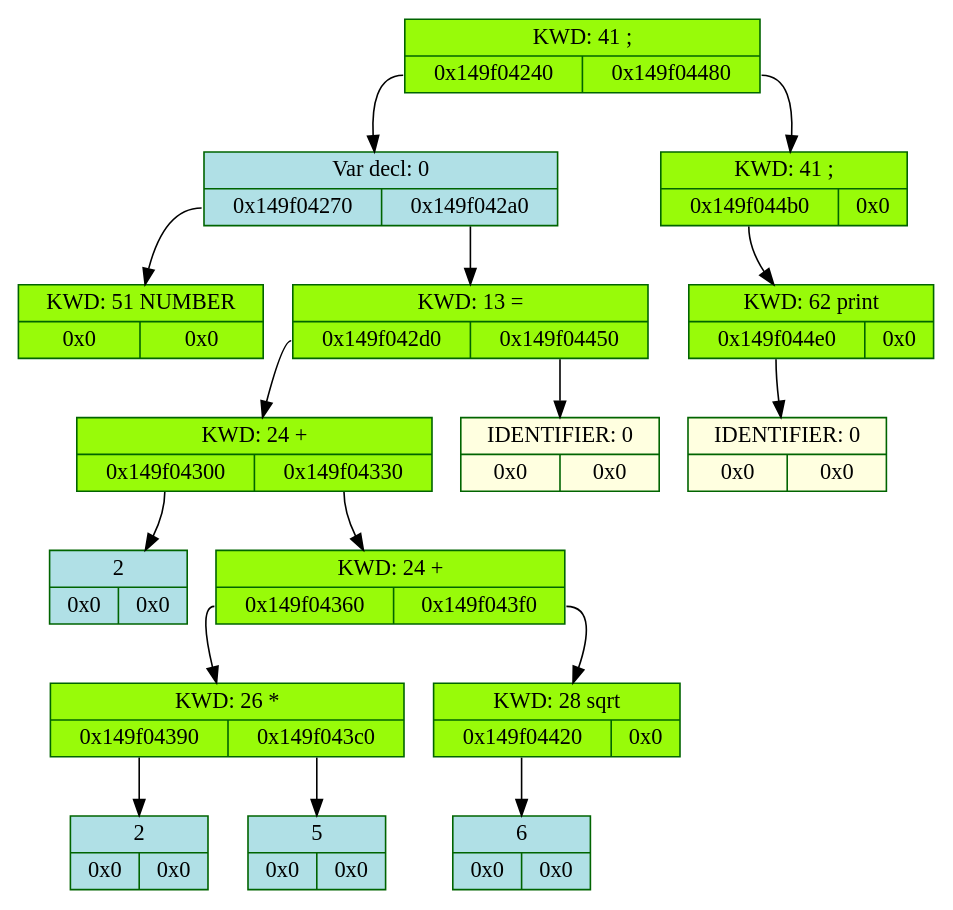
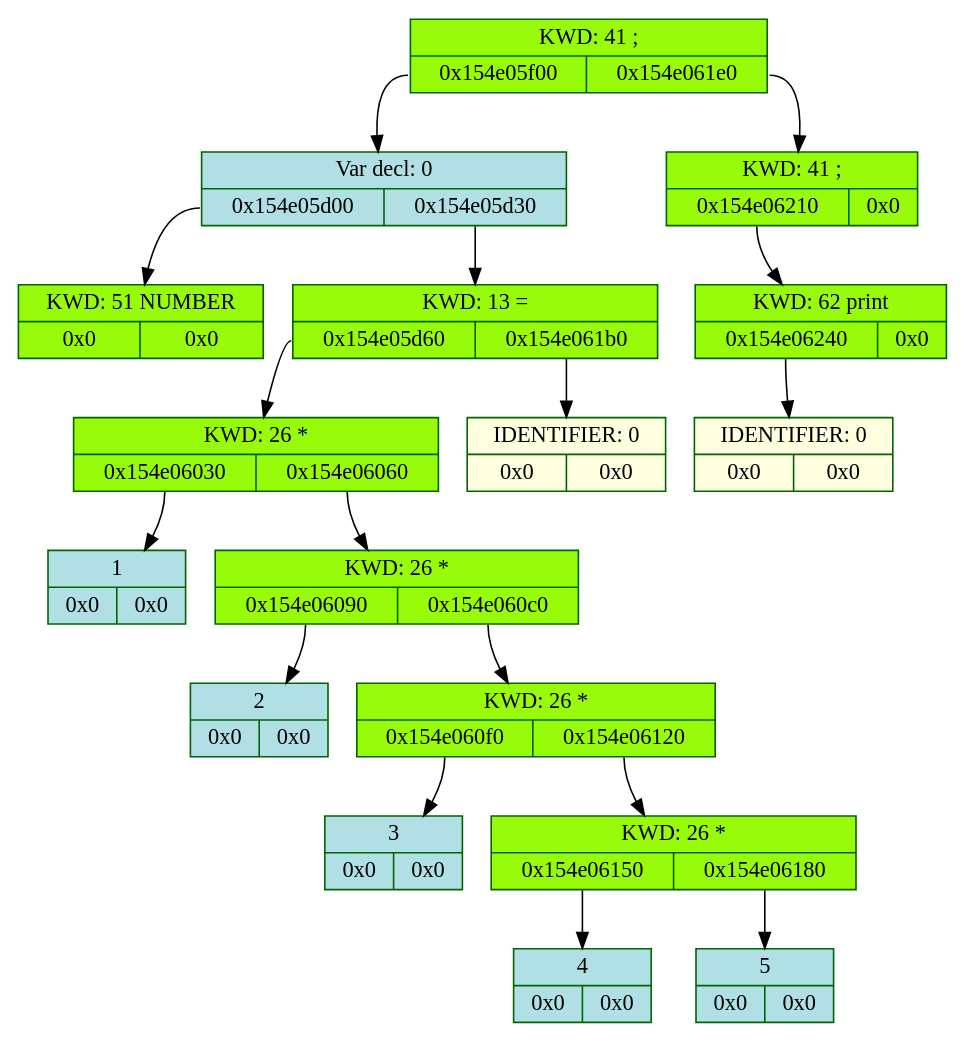
One commit to whiterno/my_lang changed the diagram in backend/log/dump.dot. Above: the diagram before and after it, drawn with Graphviz. The commit also changed 24 other files, not shown here.

```diff
--- a/backend/log/dump.dot
+++ b/backend/log/dump.dot
@@ -1,35 +1,37 @@
 digraph D{
 	rankdir = TB
 
-	node_5535449616 [color = "darkgreen", style = "filled", shape = "record", fillcolor = "#98FB9" label = "{KWD: 41 ;  | {<fl5535449616> 0x149f04240 | <fr5535449616> 0x149f04480}}"]
-	node_5535449616: <fl5535449616> -> node_5535449664 [color = "black", arrowhead = "normal", label = ""]
-	node_5535449664 [color = "darkgreen", style = "filled", shape = "record", fillcolor = "#B0E0E6" label = "{Var decl: 0 | {<fl5535449664> 0x149f04270 | <fr5535449664> 0x149f042a0}}"]
-	node_5535449664: <fl5535449664> -> node_5535449712 [color = "black", arrowhead = "normal", label = ""]
-	node_5535449712 [color = "darkgreen", style = "filled", shape = "record", fillcolor = "#98FB9" label = "{KWD: 51 NUMBER  | {<fl5535449712> 0x0 | <fr5535449712> 0x0}}"]
-	node_5535449664: <fr5535449664> -> node_5535449760 [color = "black", arrowhead = "normal", label = ""]
-	node_5535449760 [color = "darkgreen", style = "filled", shape = "record", fillcolor = "#98FB9" label = "{KWD: 13 =  | {<fl5535449760> 0x149f042d0 | <fr5535449760> 0x149f04450}}"]
-	node_5535449760: <fl5535449760> -> node_5535449808 [color = "black", arrowhead = "normal", label = ""]
-	node_5535449808 [color = "darkgreen", style = "filled", shape = "record", fillcolor = "#98FB9" label = "{KWD: 24 +  | {<fl5535449808> 0x149f04300 | <fr5535449808> 0x149f04330}}"]
-	node_5535449808: <fl5535449808> -> node_5535449856 [color = "black", arrowhead = "normal", label = ""]
-	node_5535449856 [color = "darkgreen", style = "filled", shape = "record", fillcolor = "#B0E0E6" label = "{2  | {<fl5535449856> 0x0 | <fr5535449856> 0x0}}"]
-	node_5535449808: <fr5535449808> -> node_5535449904 [color = "black", arrowhead = "normal", label = ""]
-	node_5535449904 [color = "darkgreen", style = "filled", shape = "record", fillcolor = "#98FB9" label = "{KWD: 24 +  | {<fl5535449904> 0x149f04360 | <fr5535449904> 0x149f043f0}}"]
-	node_5535449904: <fl5535449904> -> node_5535449952 [color = "black", arrowhead = "normal", label = ""]
-	node_5535449952 [color = "darkgreen", style = "filled", shape = "record", fillcolor = "#98FB9" label = "{KWD: 26 *  | {<fl5535449952> 0x149f04390 | <fr5535449952> 0x149f043c0}}"]
-	node_5535449952: <fl5535449952> -> node_5535450000 [color = "black", arrowhead = "normal", label = ""]
-	node_5535450000 [color = "darkgreen", style = "filled", shape = "record", fillcolor = "#B0E0E6" label = "{2  | {<fl5535450000> 0x0 | <fr5535450000> 0x0}}"]
-	node_5535449952: <fr5535449952> -> node_5535450048 [color = "black", arrowhead = "normal", label = ""]
-	node_5535450048 [color = "darkgreen", style = "filled", shape = "record", fillcolor = "#B0E0E6" label = "{5  | {<fl5535450048> 0x0 | <fr5535450048> 0x0}}"]
-	node_5535449904: <fr5535449904> -> node_5535450096 [color = "black", arrowhead = "normal", label = ""]
-	node_5535450096 [color = "darkgreen", style = "filled", shape = "record", fillcolor = "#98FB9" label = "{KWD: 28 sqrt  | {<fl5535450096> 0x149f04420 | <fr5535450096> 0x0}}"]
-	node_5535450096: <fl5535450096> -> node_5535450144 [color = "black", arrowhead = "normal", label = ""]
-	node_5535450144 [color = "darkgreen", style = "filled", shape = "record", fillcolor = "#B0E0E6" label = "{6  | {<fl5535450144> 0x0 | <fr5535450144> 0x0}}"]
-	node_5535449760: <fr5535449760> -> node_5535450192 [color = "black", arrowhead = "normal", label = ""]
-	node_5535450192 [color = "darkgreen", style = "filled", shape = "record", fillcolor = "#FFFFE0" label = "{IDENTIFIER: 0 | {<fl5535450192> 0x0 | <fr5535450192> 0x0}}"]
-	node_5535449616: <fr5535449616> -> node_5535450240 [color = "black", arrowhead = "normal", label = ""]
-	node_5535450240 [color = "darkgreen", style = "filled", shape = "record", fillcolor = "#98FB9" label = "{KWD: 41 ;  | {<fl5535450240> 0x149f044b0 | <fr5535450240> 0x0}}"]
-	node_5535450240: <fl5535450240> -> node_5535450288 [color = "black", arrowhead = "normal", label = ""]
-	node_5535450288 [color = "darkgreen", style = "filled", shape = "record", fillcolor = "#98FB9" label = "{KWD: 62 print  | {<fl5535450288> 0x149f044e0 | <fr5535450288> 0x0}}"]
-	node_5535450288: <fl5535450288> -> node_5535450336 [color = "black", arrowhead = "normal", label = ""]
-	node_5535450336 [color = "darkgreen", style = "filled", shape = "record", fillcolor = "#FFFFE0" label = "{IDENTIFIER: 0 | {<fl5535450336> 0x0 | <fr5535450336> 0x0}}"]
+	node_5718957952 [color = "darkgreen", style = "filled", shape = "record", fillcolor = "#98FB9" label = "{KWD: 41 ;  | {<fl5718957952> 0x154e05f00 | <fr5718957952> 0x154e061e0}}"]
+	node_5718957952: <fl5718957952> -> node_5718957824 [color = "black", arrowhead = "normal", label = ""]
+	node_5718957824 [color = "darkgreen", style = "filled", shape = "record", fillcolor = "#B0E0E6" label = "{Var decl: 0 | {<fl5718957824> 0x154e05d00 | <fr5718957824> 0x154e05d30}}"]
+	node_5718957824: <fl5718957824> -> node_5718957312 [color = "black", arrowhead = "normal", label = ""]
+	node_5718957312 [color = "darkgreen", style = "filled", shape = "record", fillcolor = "#98FB9" label = "{KWD: 51 NUMBER  | {<fl5718957312> 0x0 | <fr5718957312> 0x0}}"]
+	node_5718957824: <fr5718957824> -> node_5718957360 [color = "black", arrowhead = "normal", label = ""]
+	node_5718957360 [color = "darkgreen", style = "filled", shape = "record", fillcolor = "#98FB9" label = "{KWD: 13 =  | {<fl5718957360> 0x154e05d60 | <fr5718957360> 0x154e061b0}}"]
+	node_5718957360: <fl5718957360> -> node_5718957408 [color = "black", arrowhead = "normal", label = ""]
+	node_5718957408 [color = "darkgreen", style = "filled", shape = "record", fillcolor = "#98FB9" label = "{KWD: 26 *  | {<fl5718957408> 0x154e06030 | <fr5718957408> 0x154e06060}}"]
+	node_5718957408: <fl5718957408> -> node_5718958128 [color = "black", arrowhead = "normal", label = ""]
+	node_5718958128 [color = "darkgreen", style = "filled", shape = "record", fillcolor = "#B0E0E6" label = "{1  | {<fl5718958128> 0x0 | <fr5718958128> 0x0}}"]
+	node_5718957408: <fr5718957408> -> node_5718958176 [color = "black", arrowhead = "normal", label = ""]
+	node_5718958176 [color = "darkgreen", style = "filled", shape = "record", fillcolor = "#98FB9" label = "{KWD: 26 *  | {<fl5718958176> 0x154e06090 | <fr5718958176> 0x154e060c0}}"]
+	node_5718958176: <fl5718958176> -> node_5718958224 [color = "black", arrowhead = "normal", label = ""]
+	node_5718958224 [color = "darkgreen", style = "filled", shape = "record", fillcolor = "#B0E0E6" label = "{2  | {<fl5718958224> 0x0 | <fr5718958224> 0x0}}"]
+	node_5718958176: <fr5718958176> -> node_5718958272 [color = "black", arrowhead = "normal", label = ""]
+	node_5718958272 [color = "darkgreen", style = "filled", shape = "record", fillcolor = "#98FB9" label = "{KWD: 26 *  | {<fl5718958272> 0x154e060f0 | <fr5718958272> 0x154e06120}}"]
+	node_5718958272: <fl5718958272> -> node_5718958320 [color = "black", arrowhead = "normal", label = ""]
+	node_5718958320 [color = "darkgreen", style = "filled", shape = "record", fillcolor = "#B0E0E6" label = "{3  | {<fl5718958320> 0x0 | <fr5718958320> 0x0}}"]
+	node_5718958272: <fr5718958272> -> node_5718958368 [color = "black", arrowhead = "normal", label = ""]
+	node_5718958368 [color = "darkgreen", style = "filled", shape = "record", fillcolor = "#98FB9" label = "{KWD: 26 *  | {<fl5718958368> 0x154e06150 | <fr5718958368> 0x154e06180}}"]
+	node_5718958368: <fl5718958368> -> node_5718958416 [color = "black", arrowhead = "normal", label = ""]
+	node_5718958416 [color = "darkgreen", style = "filled", shape = "record", fillcolor = "#B0E0E6" label = "{4  | {<fl5718958416> 0x0 | <fr5718958416> 0x0}}"]
+	node_5718958368: <fr5718958368> -> node_5718958464 [color = "black", arrowhead = "normal", label = ""]
+	node_5718958464 [color = "darkgreen", style = "filled", shape = "record", fillcolor = "#B0E0E6" label = "{5  | {<fl5718958464> 0x0 | <fr5718958464> 0x0}}"]
+	node_5718957360: <fr5718957360> -> node_5718958512 [color = "black", arrowhead = "normal", label = ""]
+	node_5718958512 [color = "darkgreen", style = "filled", shape = "record", fillcolor = "#FFFFE0" label = "{IDENTIFIER: 0 | {<fl5718958512> 0x0 | <fr5718958512> 0x0}}"]
+	node_5718957952: <fr5718957952> -> node_5718958560 [color = "black", arrowhead = "normal", label = ""]
+	node_5718958560 [color = "darkgreen", style = "filled", shape = "record", fillcolor = "#98FB9" label = "{KWD: 41 ;  | {<fl5718958560> 0x154e06210 | <fr5718958560> 0x0}}"]
+	node_5718958560: <fl5718958560> -> node_5718958608 [color = "black", arrowhead = "normal", label = ""]
+	node_5718958608 [color = "darkgreen", style = "filled", shape = "record", fillcolor = "#98FB9" label = "{KWD: 62 print  | {<fl5718958608> 0x154e06240 | <fr5718958608> 0x0}}"]
+	node_5718958608: <fl5718958608> -> node_5718958656 [color = "black", arrowhead = "normal", label = ""]
+	node_5718958656 [color = "darkgreen", style = "filled", shape = "record", fillcolor = "#FFFFE0" label = "{IDENTIFIER: 0 | {<fl5718958656> 0x0 | <fr5718958656> 0x0}}"]
 }
```
